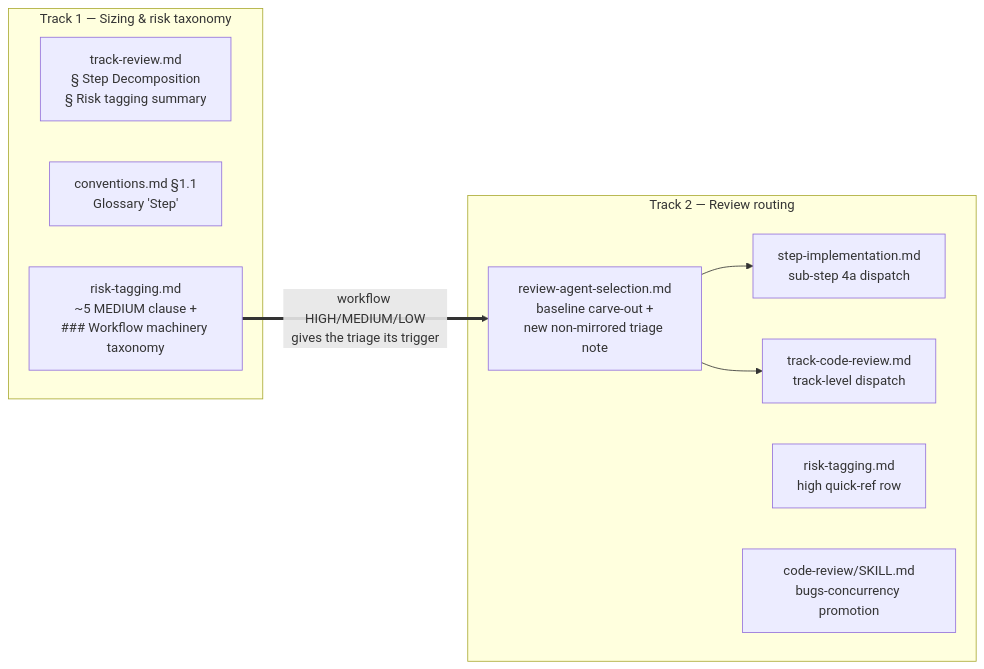
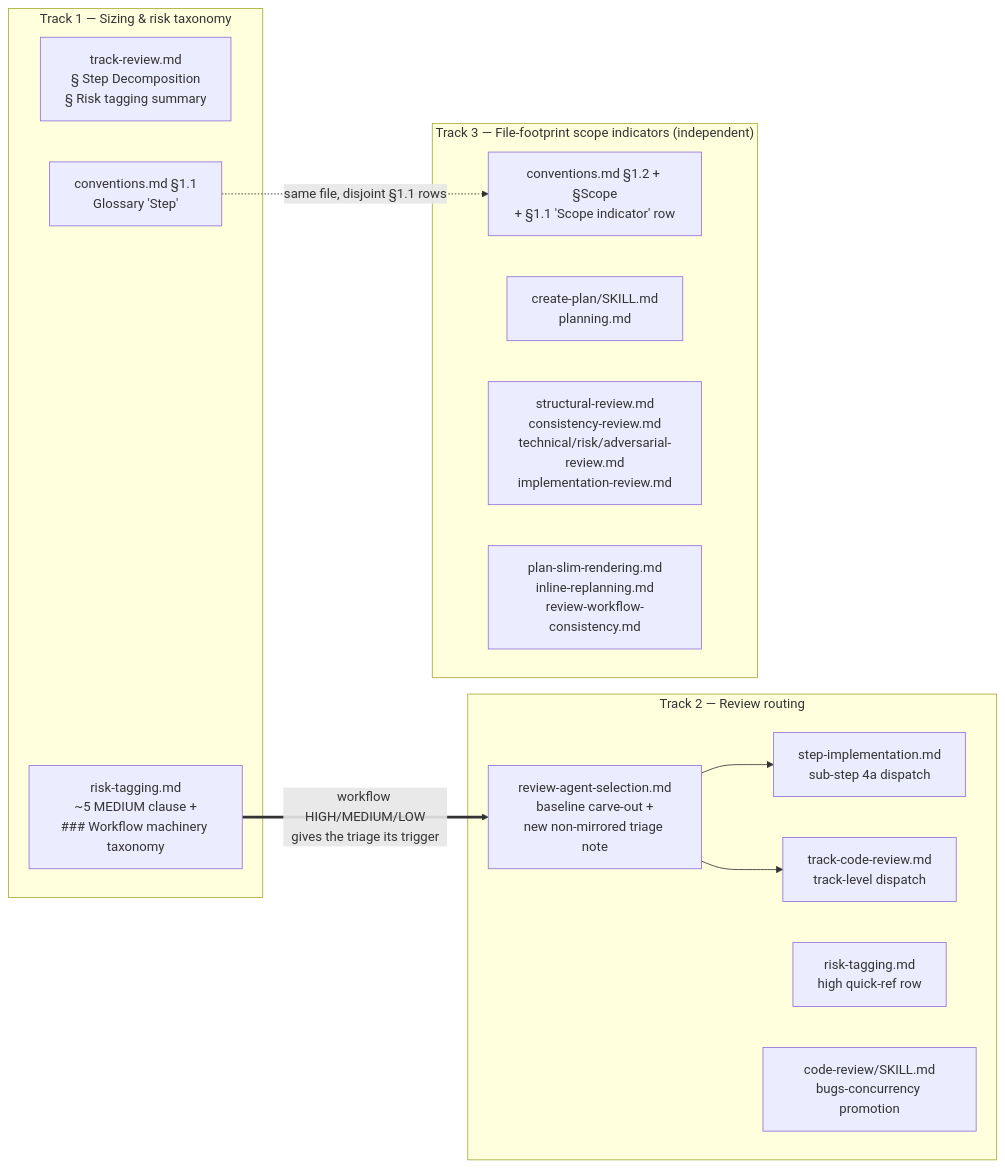
Before and after one commit to JetBrains/youtrackdb: the diagram in docs/adr/step-size-recap/_workflow/implementation-plan.md, drawn with Mermaid. The commit also changed other lines of this file and 3 other files, not shown here.

First line of the commit message:
Inline replan: add Track 3 (scope-indicator unit)

````diff
--- a/docs/adr/step-size-recap/_workflow/implementation-plan.md
+++ b/docs/adr/step-size-recap/_workflow/implementation-plan.md
@@ -33,18 +34,25 @@
 ```mermaid
 flowchart LR
     subgraph T1["Track 1 — Sizing & risk taxonomy"]
         TR["track-review.md<br/>§ Step Decomposition<br/>§ Risk tagging summary"]
         GLOSS["conventions.md §1.1<br/>Glossary 'Step'"]
         RT_TAX["risk-tagging.md<br/>~5 MEDIUM clause +<br/>### Workflow machinery taxonomy"]
     end
     subgraph T2["Track 2 — Review routing"]
         RAS["review-agent-selection.md<br/>baseline carve-out +<br/>new non-mirrored triage note"]
         SI["step-implementation.md<br/>sub-step 4a dispatch"]
         TCR["track-code-review.md<br/>track-level dispatch"]
         RT_REF["risk-tagging.md<br/>high quick-ref row"]
         SKILL["code-review/SKILL.md<br/>bugs-concurrency promotion"]
     end
+    subgraph T3["Track 3 — File-footprint scope indicators (independent)"]
+        CONV3["conventions.md §1.2 + §Scope<br/>+ §1.1 'Scope indicator' row"]
+        WRITERS["create-plan/SKILL.md<br/>planning.md"]
+        CHECKERS["structural-review.md<br/>consistency-review.md<br/>technical/risk/adversarial-review.md<br/>implementation-review.md"]
+        RENDER["plan-slim-rendering.md<br/>inline-replanning.md<br/>review-workflow-consistency.md"]
+    end
     RT_TAX ==>|"workflow HIGH/MEDIUM/LOW<br/>gives the triage its trigger"| RAS
     RAS --> SI
     RAS --> TCR
+    GLOSS -.->|"same file, disjoint §1.1 rows"| CONV3
 ```
````
